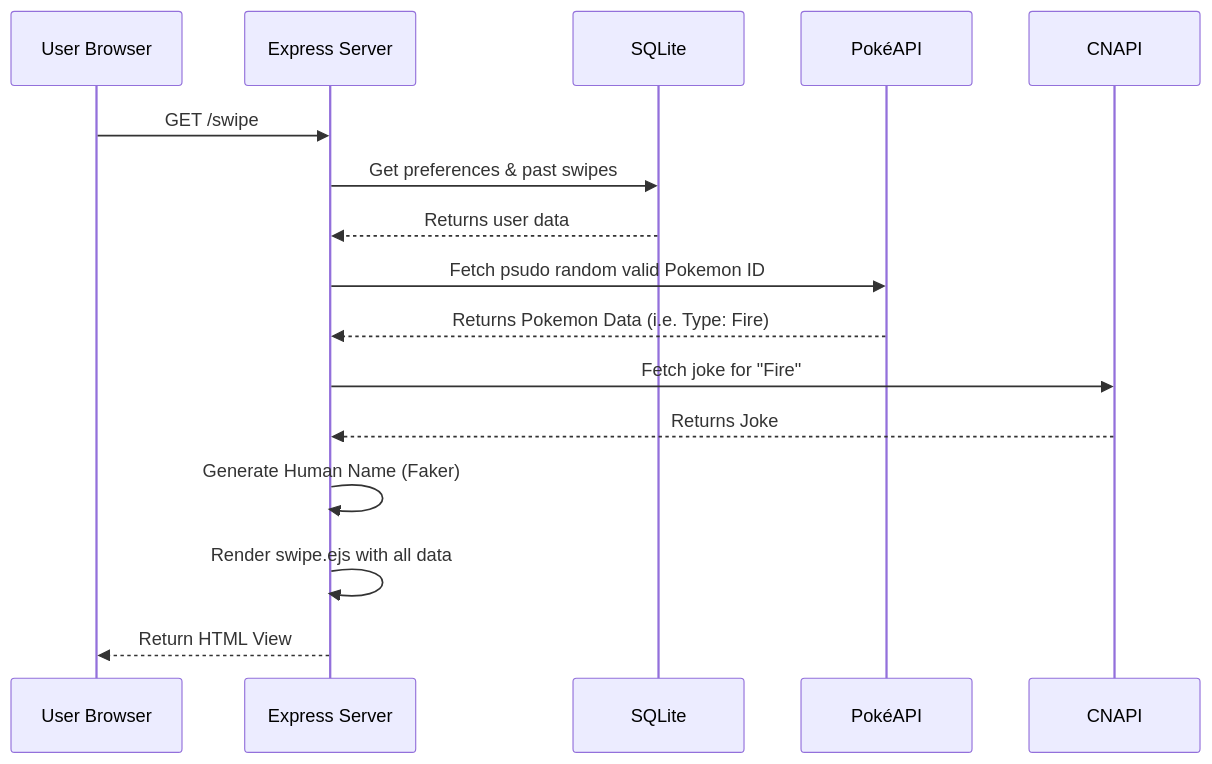
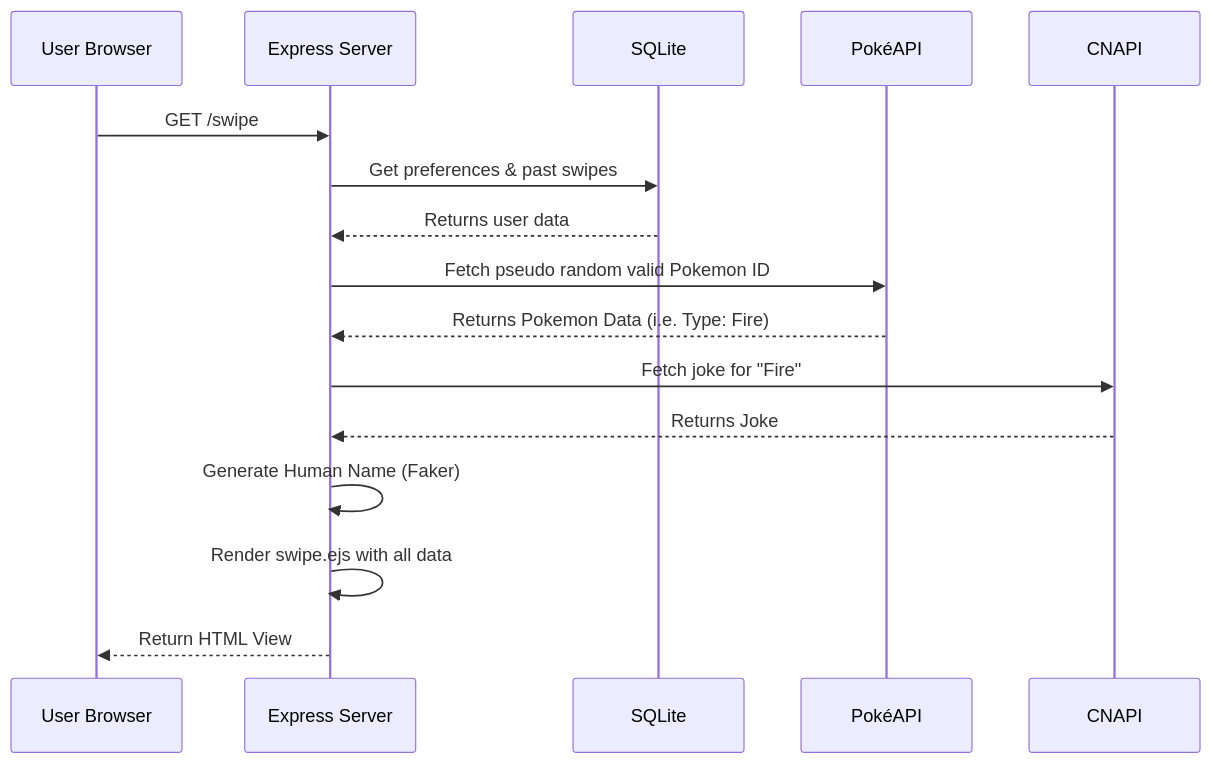
The third of 3 diagrams in README.md (hauglandvegard/DexMatch), drawn with Mermaid before and after one commit. The commit also changed other lines of this file, not shown here.

````diff
--- a/README.md
+++ b/README.md
@@ -148,19 +151,19 @@
 ```mermaid
 sequenceDiagram
     participant U as User Browser
     participant S as Express Server
     participant DB as SQLite
     participant PAPI as PokéAPI
     participant CNAPI as CNAPI
 
     U->>S: GET /swipe
     S->>DB: Get preferences & past swipes
     DB-->>S: Returns user data
-    S->>PAPI: Fetch psudo random valid Pokemon ID
+    S->>PAPI: Fetch pseudo random valid Pokemon ID
     PAPI-->>S: Returns Pokemon Data (i.e. Type: Fire)
     S->>CNAPI: Fetch joke for "Fire"
     CNAPI-->>S: Returns Joke
     S->>S: Generate Human Name (Faker)
     S->>S: Render swipe.ejs with all data
     S-->>U: Return HTML View
 ```
````
